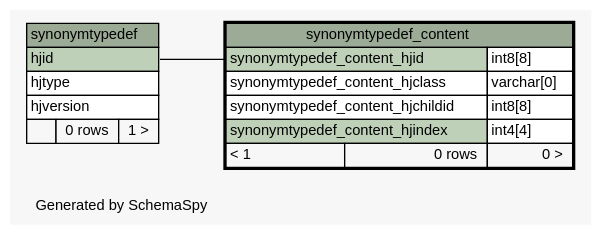
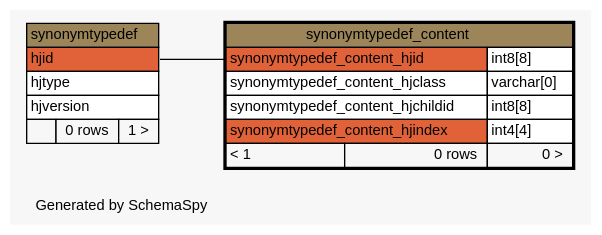
Before and after one commit to lmu-bioinformatics/xmlpipedb: the diagram in site/docs/schemaspy/gmbuilderdb/diagrams/synonymtypedef_content.1degree.dot, drawn with Graphviz. The commit also changed 1111 other files, not shown here.

```diff
--- a/site/docs/schemaspy/gmbuilderdb/diagrams/synonymtypedef_content.1degree.dot
+++ b/site/docs/schemaspy/gmbuilderdb/diagrams/synonymtypedef_content.1degree.dot
@@ -1,48 +1,48 @@
 // dot 2.22.2 on Windows Vista 6.0
 // SchemaSpy rev 536
 digraph "oneDegreeRelationshipsDiagram" {
   graph [
     rankdir="RL"
     bgcolor="#f7f7f7"
     label="\nGenerated by SchemaSpy"
     labeljust="l"
     nodesep="0.18"
     ranksep="0.46"
     fontname="Helvetica"
     fontsize="11"
   ];
   node [
     fontname="Helvetica"
     fontsize="11"
     shape="plaintext"
   ];
   edge [
     arrowsize="0.8"
   ];
   "synonymtypedef_content":"synonymtypedef_content_hjid":w -> "synonymtypedef":"hjid":e [arrowhead=none arrowtail=crowodot];
   "synonymtypedef" [
     label=<
     <TABLE BORDER="0" CELLBORDER="1" CELLSPACING="0" BGCOLOR="#ffffff">
-      <TR><TD COLSPAN="3" BGCOLOR="#9bab96" ALIGN="CENTER">synonymtypedef</TD></TR>
-      <TR><TD PORT="hjid" COLSPAN="3" BGCOLOR="#bed1b8" ALIGN="LEFT">hjid</TD></TR>
+      <TR><TD COLSPAN="3" BGCOLOR="#9b8559" ALIGN="CENTER">synonymtypedef</TD></TR>
+      <TR><TD PORT="hjid" COLSPAN="3" BGCOLOR="#e16239" ALIGN="LEFT">hjid</TD></TR>
       <TR><TD PORT="hjtype" COLSPAN="3" ALIGN="LEFT">hjtype</TD></TR>
       <TR><TD PORT="hjversion" COLSPAN="3" ALIGN="LEFT">hjversion</TD></TR>
       <TR><TD ALIGN="LEFT" BGCOLOR="#f7f7f7">  </TD><TD ALIGN="RIGHT" BGCOLOR="#f7f7f7">0 rows</TD><TD ALIGN="RIGHT" BGCOLOR="#f7f7f7">1 &gt;</TD></TR>
     </TABLE>>
     URL="synonymtypedef.html"
     tooltip="synonymtypedef"
   ];
   "synonymtypedef_content" [
     label=<
     <TABLE BORDER="2" CELLBORDER="1" CELLSPACING="0" BGCOLOR="#ffffff">
-      <TR><TD COLSPAN="3" BGCOLOR="#9bab96" ALIGN="CENTER">synonymtypedef_content</TD></TR>
-      <TR><TD PORT="synonymtypedef_content_hjid" COLSPAN="2" BGCOLOR="#bed1b8" ALIGN="LEFT">synonymtypedef_content_hjid</TD><TD PORT="synonymtypedef_content_hjid.type" ALIGN="LEFT">int8[8]</TD></TR>
+      <TR><TD COLSPAN="3" BGCOLOR="#9b8559" ALIGN="CENTER">synonymtypedef_content</TD></TR>
+      <TR><TD PORT="synonymtypedef_content_hjid" COLSPAN="2" BGCOLOR="#e16239" ALIGN="LEFT">synonymtypedef_content_hjid</TD><TD PORT="synonymtypedef_content_hjid.type" ALIGN="LEFT">int8[8]</TD></TR>
       <TR><TD PORT="synonymtypedef_content_hjclass" COLSPAN="2" ALIGN="LEFT">synonymtypedef_content_hjclass</TD><TD PORT="synonymtypedef_content_hjclass.type" ALIGN="LEFT">varchar[0]</TD></TR>
       <TR><TD PORT="synonymtypedef_content_hjchildid" COLSPAN="2" ALIGN="LEFT">synonymtypedef_content_hjchildid</TD><TD PORT="synonymtypedef_content_hjchildid.type" ALIGN="LEFT">int8[8]</TD></TR>
-      <TR><TD PORT="synonymtypedef_content_hjindex" COLSPAN="2" BGCOLOR="#bed1b8" ALIGN="LEFT">synonymtypedef_content_hjindex</TD><TD PORT="synonymtypedef_content_hjindex.type" ALIGN="LEFT">int4[4]</TD></TR>
+      <TR><TD PORT="synonymtypedef_content_hjindex" COLSPAN="2" BGCOLOR="#e16239" ALIGN="LEFT">synonymtypedef_content_hjindex</TD><TD PORT="synonymtypedef_content_hjindex.type" ALIGN="LEFT">int4[4]</TD></TR>
       <TR><TD ALIGN="LEFT" BGCOLOR="#f7f7f7">&lt; 1</TD><TD ALIGN="RIGHT" BGCOLOR="#f7f7f7">0 rows</TD><TD ALIGN="RIGHT" BGCOLOR="#f7f7f7">0 &gt;</TD></TR>
     </TABLE>>
     URL="synonymtypedef_content.html"
     tooltip="synonymtypedef_content"
   ];
 }
```
